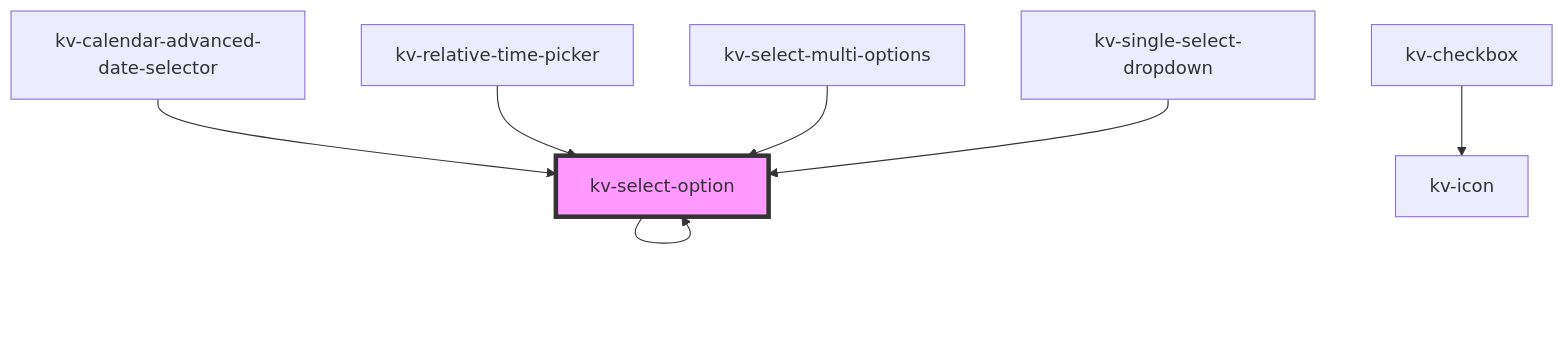
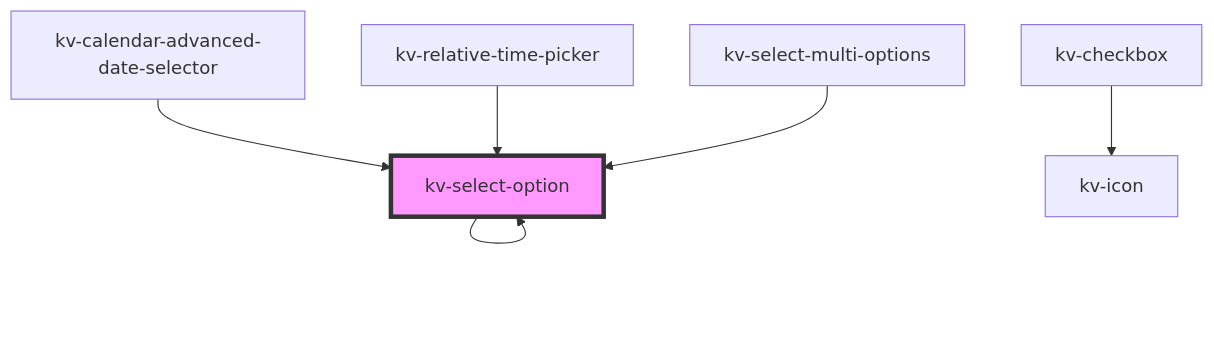
The diagram in packages/ui-components/src/components/select-option/readme.md (kelvininc/ui-components), drawn with Mermaid before and after one commit. The commit also changed other lines of this file and 35 other files, not shown here.

First line of the commit message:
feat(dropdowns)!: reuse `kv-select-multi-options` component in `kv-single-select-dropdown` component

````diff
--- a/packages/ui-components/src/components/select-option/readme.md
+++ b/packages/ui-components/src/components/select-option/readme.md
@@ -105,10 +104,9 @@
 ```mermaid
 graph TD;
   kv-select-option --> kv-select-option
   kv-checkbox --> kv-icon
   kv-calendar-advanced-date-selector --> kv-select-option
   kv-relative-time-picker --> kv-select-option
   kv-select-multi-options --> kv-select-option
-  kv-single-select-dropdown --> kv-select-option
   style kv-select-option fill:#f9f,stroke:#333,stroke-width:4px
 ```
````
